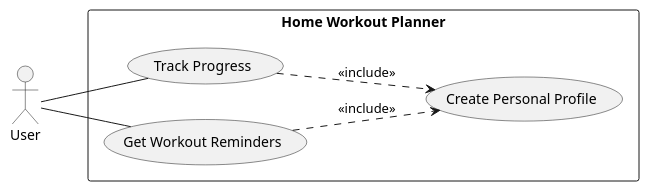
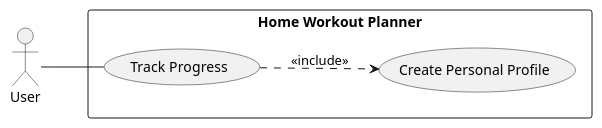
One commit to Suirita/4.launch-of-the-red-thread-project changed the diagram in Use Case Diagram/inp/sprint_2.pu. Above: the diagram before and after it, drawn with PlantUML. The commit also changed 11 other files, not shown here.

```diff
--- a/Use Case Diagram/inp/sprint_2.pu
+++ b/Use Case Diagram/inp/sprint_2.pu
@@ -1,17 +1,14 @@
 @startuml home_workout_planner_S2
 left to right direction
 
 actor User as user
 
 rectangle "Home Workout Planner" {
 usecase "Create Personal Profile" as UC1
 usecase "Track Progress" as UC2
-usecase "Get Workout Reminders" as UC3
 }
 
 user -- UC2
-user -- UC3
 UC2 ..> UC1:<<include>>
-UC3 ..> UC1:<<include>>
 
 @enduml
```
